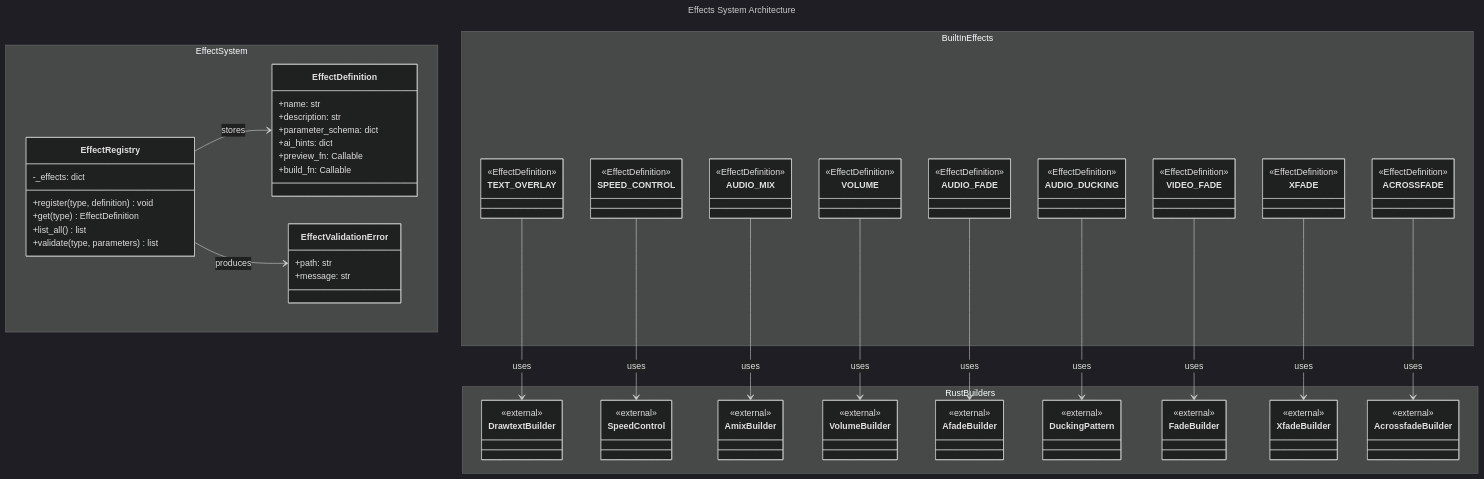
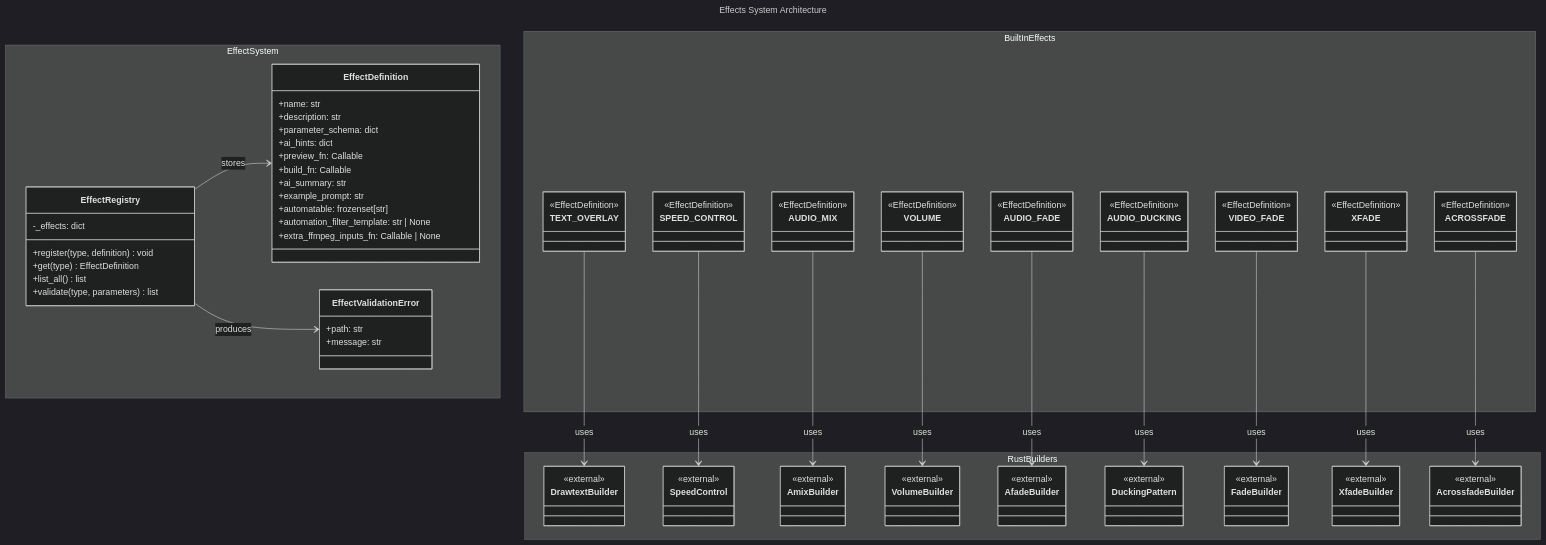
One commit to gwickman/stoat-and-ferret changed the diagram in docs/C4-Documentation/c4-code-stoat-ferret-effects.md. Above: the diagram before and after it, drawn with Mermaid (dark theme). The commit also changed other lines of this file and 1 other file, not shown here.

```diff
--- a/docs/C4-Documentation/c4-code-stoat-ferret-effects.md
+++ b/docs/C4-Documentation/c4-code-stoat-ferret-effects.md
@@ -95,6 +100,11 @@
             +ai_hints: dict
             +preview_fn: Callable
             +build_fn: Callable
+            +ai_summary: str
+            +example_prompt: str
+            +automatable: frozenset[str]
+            +automation_filter_template: str | None
+            +extra_ffmpeg_inputs_fn: Callable | None
         }
         class EffectRegistry {
             -_effects: dict
```
